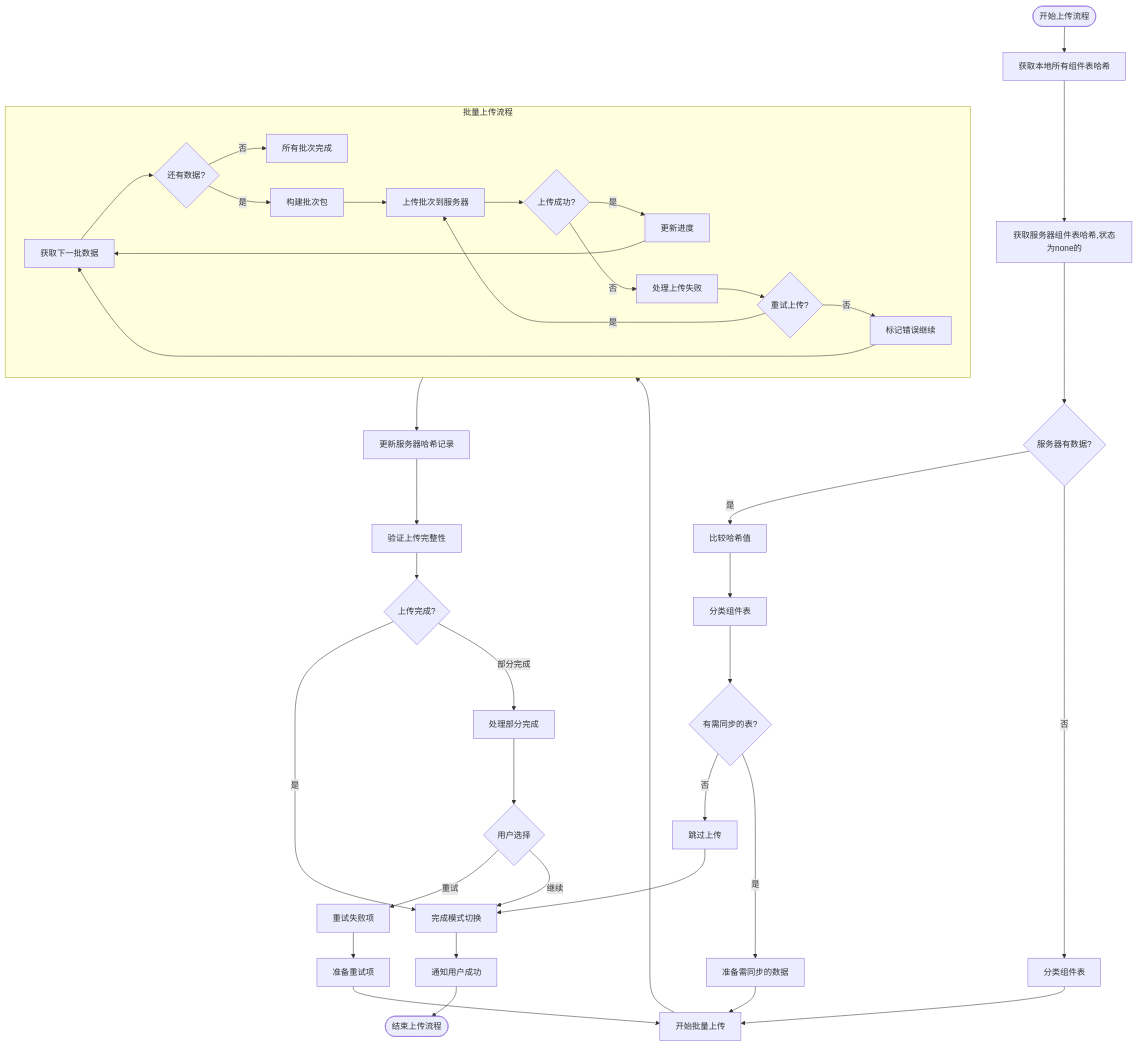
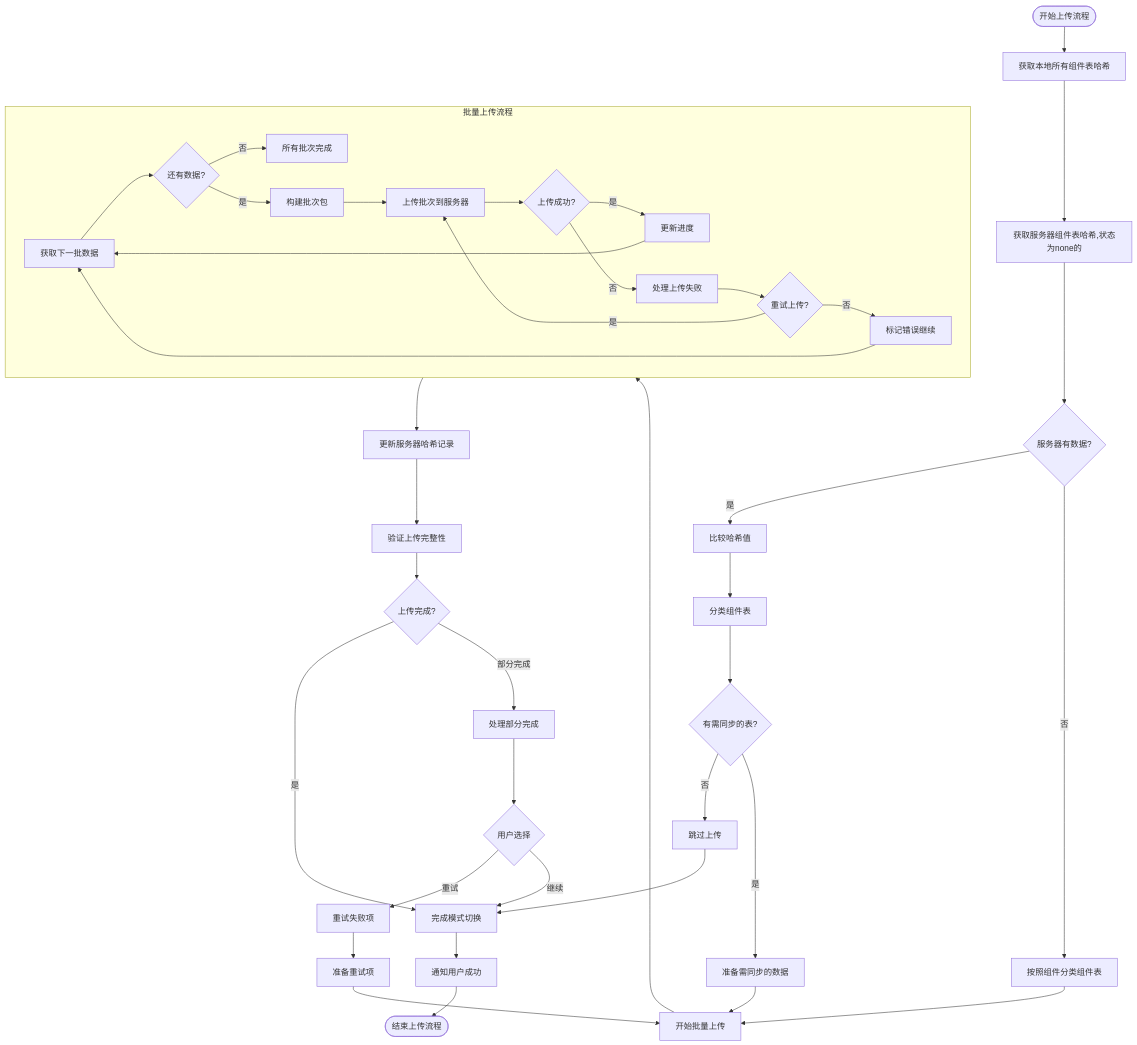
One commit to yingjianzh/iodraw-files changed the diagram in all/未命名-50.md. Above: the diagram before and after it, drawn with Mermaid.

Commit message:
2025-05-08 17:11:55 update

````diff
--- a/all/未命名-50.md
+++ b/all/未命名-50.md
@@ -1,56 +1,56 @@
 ```mermaid
 flowchart TD
     Start([开始上传流程]) --> CollectLocalHashes[获取本地所有组件表哈希]
     CollectLocalHashes --> FetchServerHashes[获取服务器组件表哈希,状态为none的]
     
     FetchServerHashes --> ServerHasData{服务器有数据?}
     
     ServerHasData -->|是| CompareHashes[比较哈希值]
-    ServerHasData -->|否| ClassifyTables2[分类组件表]
-    ClassifyTables2 --> StartBatching
+    ServerHasData -->|否| ClassifyTables2[按照组件分类组件表]
+    ClassifyTables2 --> StartBatching[开始批量上传]
     
     CompareHashes --> ClassifyTables[分类组件表]
     ClassifyTables --> HasChanges{有需同步的表?}
     
     HasChanges -->|否| SkipUpload[跳过上传]
     HasChanges -->|是| PrepareChangedData[准备需同步的数据]
     
     
-    PrepareChangedData --> StartBatching[开始批量上传]
+    PrepareChangedData --> StartBatching
     
     subgraph BatchUpload [批量上传流程]
         B1[获取下一批数据] --> B2{还有数据?}
         B2 -->|否| BatchesComplete[所有批次完成]
         B2 -->|是| B3[构建批次包]
         B3 --> B4[上传批次到服务器]
         B4 --> B5{上传成功?}
         B5 -->|是| B6[更新进度]
         B5 -->|否| B7[处理上传失败]
         B7 --> B8{重试上传?}
         B8 -->|是| B4
         B8 -->|否| B9[标记错误继续]
         B6 --> B1
         B9 --> B1
     end
     
     StartBatching --> BatchUpload
     
     BatchUpload --> UpdateServerHashes[更新服务器哈希记录]
     UpdateServerHashes --> VerifyUpload[验证上传完整性]
     
     VerifyUpload --> UploadComplete{上传完成?}
     UploadComplete -->|是| FinalizeMode[完成模式切换]
     UploadComplete -->|部分完成| HandlePartial[处理部分完成]
     
     HandlePartial --> UserChoice{用户选择}
     UserChoice -->|重试| RetryFailed[重试失败项]
     UserChoice -->|继续| FinalizeMode
     
     RetryFailed --> PrepareRetry[准备重试项]
     PrepareRetry --> StartBatching
     
     FinalizeMode --> NotifySuccess[通知用户成功]
     NotifySuccess --> End([结束上传流程])
     
     SkipUpload --> FinalizeMode
 ```
````
